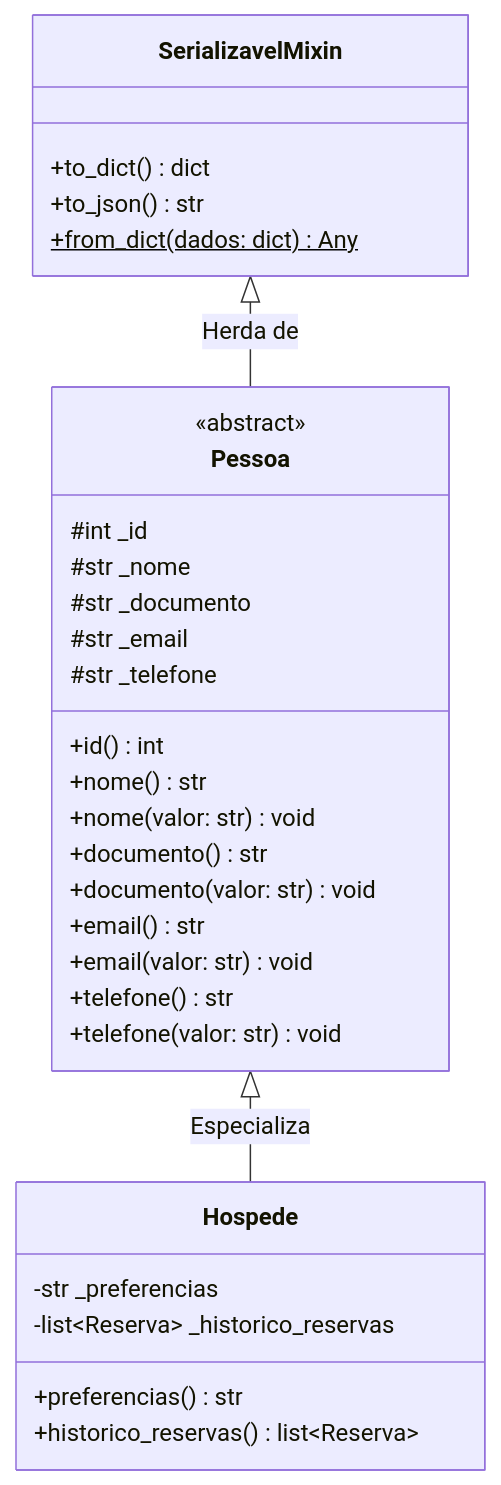
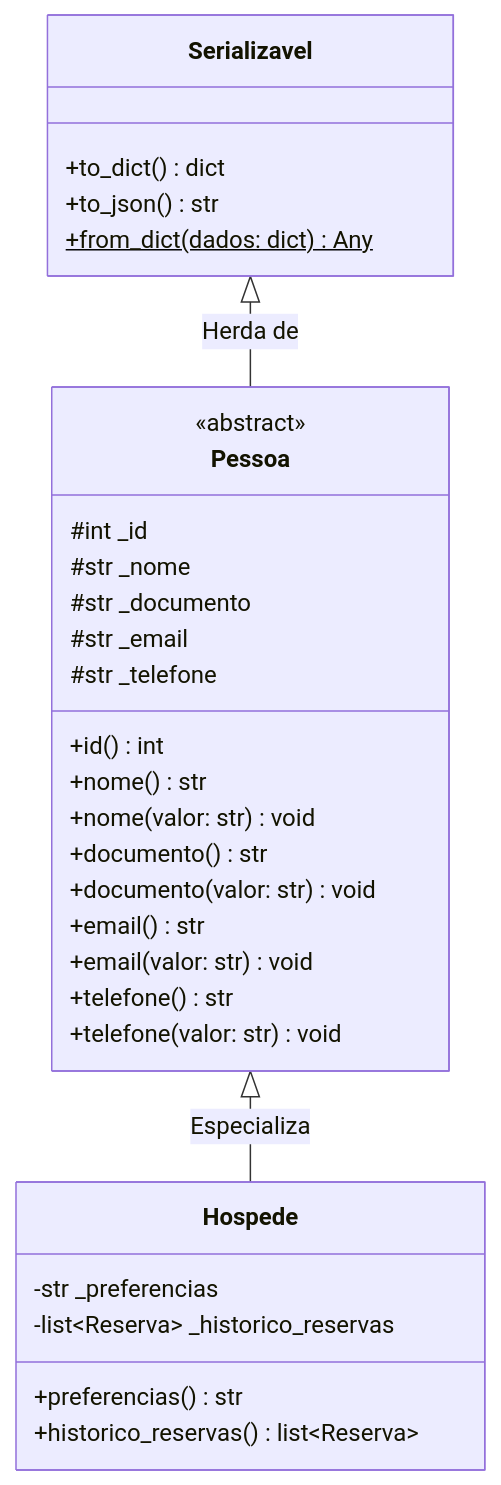
The eighth of 23 diagrams in docs/uml_diagram.md (WandersonLobo/Sistema-de-Reserva-de-Hotel), drawn with Mermaid before and after one commit. The commit also changed other lines of this file and 1 other file, not shown here.

Commit message:
docs: update UML documentation to reflect class name changes from mixins to concrete classes

````diff
--- a/docs/uml_diagram.md
+++ b/docs/uml_diagram.md
@@ -252,38 +252,38 @@
 ```mermaid
 classDiagram
     %% Definição das Classes
-    class SerializavelMixin {
+    class Serializavel {
         +to_dict() dict
         +to_json() str
         +from_dict(dados: dict)$ Any
     }
 
     class Pessoa {
         <<abstract>>
         #int _id
         #str _nome
         #str _documento
         #str _email
         #str _telefone
         +id() int
         +nome() str
         +nome(valor: str) void
         +documento() str
         +documento(valor: str) void
         +email() str
         +email(valor: str) void
         +telefone() str
         +telefone(valor: str) void
     }
 
     class Hospede {
         -str _preferencias
         -list~Reserva~ _historico_reservas
         +preferencias() str
         +historico_reservas() list~Reserva~
     }
 
     %% Relações de Herança
-    SerializavelMixin <|-- Pessoa : Herda de
+    Serializavel <|-- Pessoa : Herda de
     Pessoa <|-- Hospede : Especializa
 ```
````
